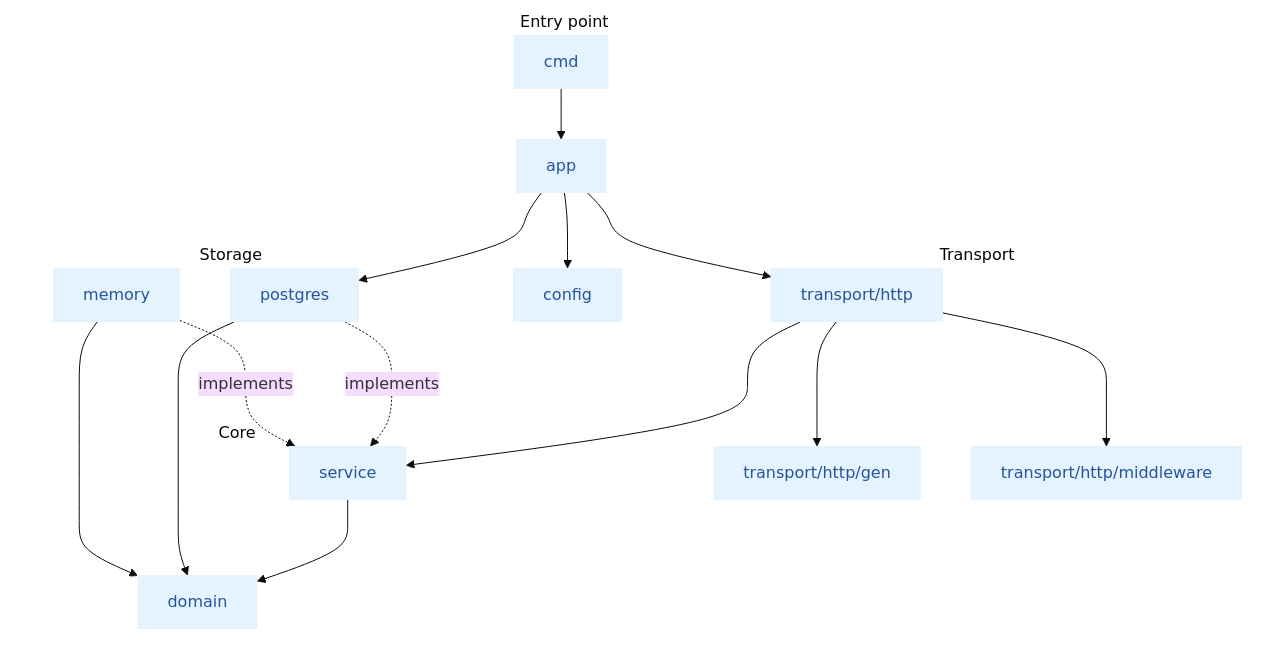
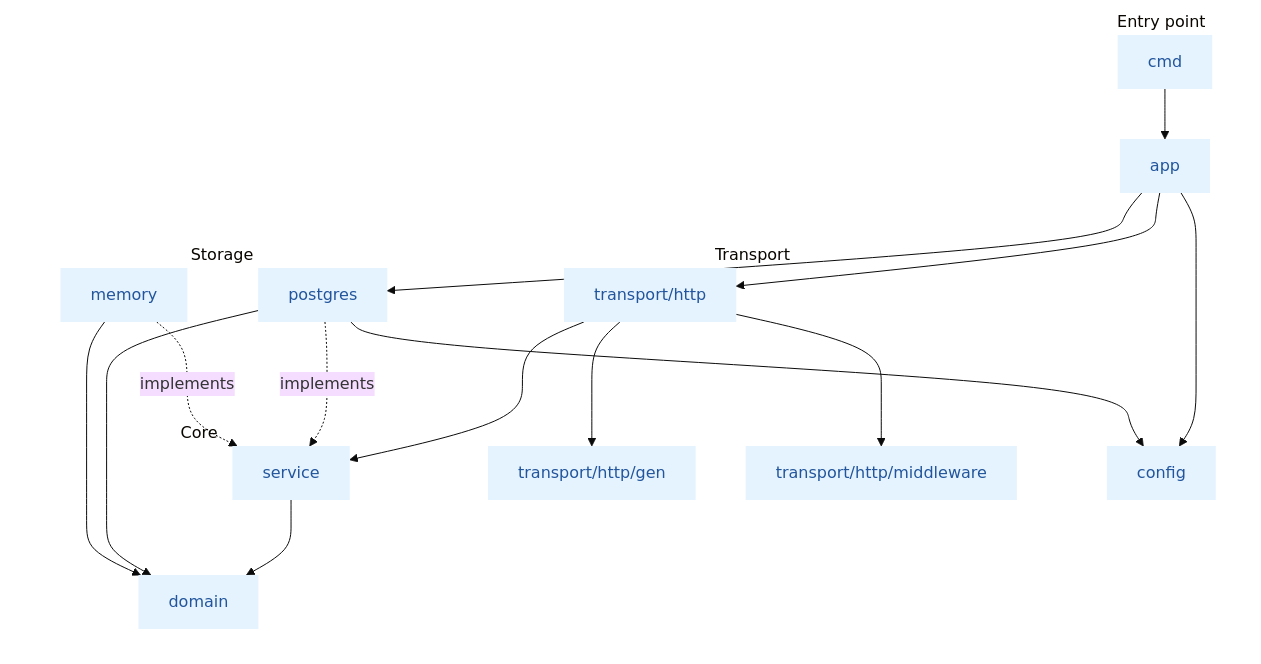
One commit to HAL-X9/threat-info-service changed the first of 3 diagrams in ARCHITECTURE.md. Above: the diagram before and after it, drawn with Mermaid. The commit also changed other lines of this file and 5 other files, not shown here.

````diff
--- a/ARCHITECTURE.md
+++ b/ARCHITECTURE.md
@@ -17,44 +17,45 @@
 ```mermaid
 %%{init: {'theme':'base'}}%%
 flowchart TB
     subgraph ENTRY["Entry point"]
         CMD["cmd"]
         APP["app"]
         CFG["config"]
     end
 
     subgraph TRANSPORT["Transport"]
         HTTP["transport/http"]
         GEN["transport/http/gen"]
         MW["transport/http/middleware"]
     end
 
     subgraph CORE["Core"]
         SVC["service"]
         DOM["domain"]
     end
 
     subgraph STORAGE["Storage"]
         PG["postgres"]
         MEM["memory"]
     end
 
     CMD --> APP
     APP --> CFG
     APP --> HTTP
     APP --> PG
+    PG --> CFG
     HTTP --> GEN
     HTTP --> MW
     HTTP --> SVC
     SVC --> DOM
     PG -. implements .-> SVC
     MEM -. implements .-> SVC
     PG --> DOM
     MEM --> DOM
 
     classDef default fill:#e5f3ff,stroke:none,color:#22559b;
     style ENTRY fill:#ffffff,stroke:none
     style TRANSPORT fill:#ffffff,stroke:none
     style CORE fill:#ffffff,stroke:none
     style STORAGE fill:#ffffff,stroke:none
 ```
````
